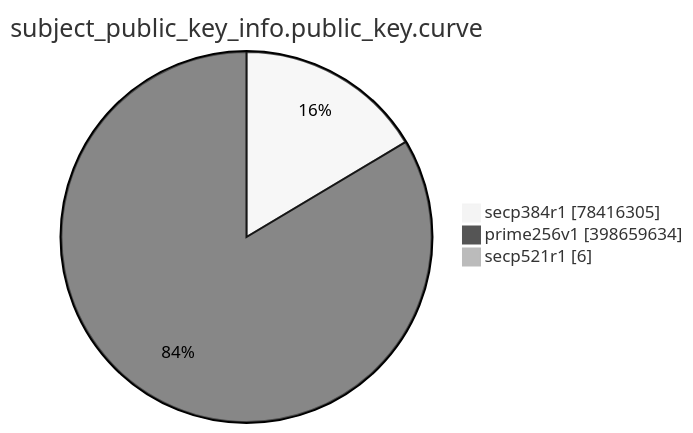
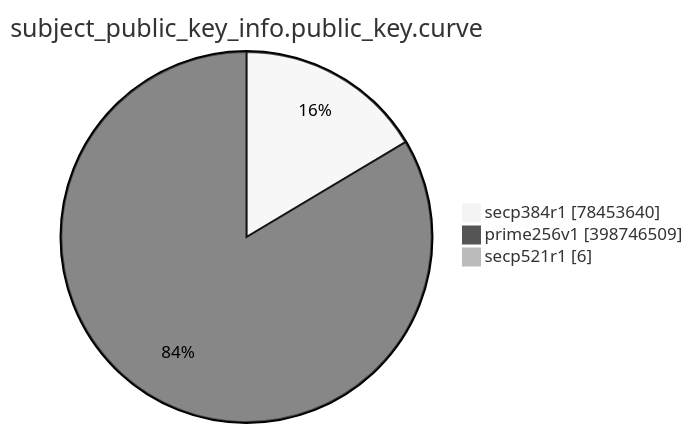
One commit to christiankrug/ctmonitor_visualization changed the eighth of 15 diagrams in TOTAL/README.md. Above: the diagram before and after it, drawn with Mermaid (neutral theme). The commit also changed other lines of this file, not shown here.

````diff
--- a/TOTAL/README.md
+++ b/TOTAL/README.md
@@ -3095,7 +3095,7 @@
 ```mermaid
 pie showData
 title subject_public_key_info.public_key.curve
-"secp384r1" :78416305
-"prime256v1" :398659634
+"secp384r1" :78453640
+"prime256v1" :398746509
 "secp521r1" :6
 ```
````
